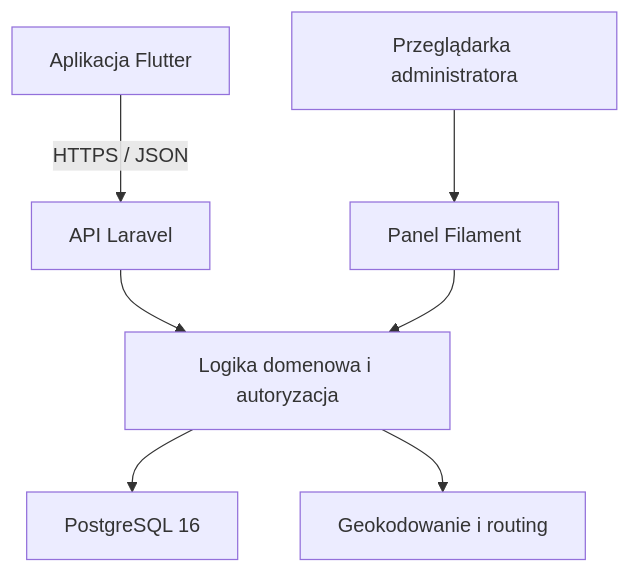
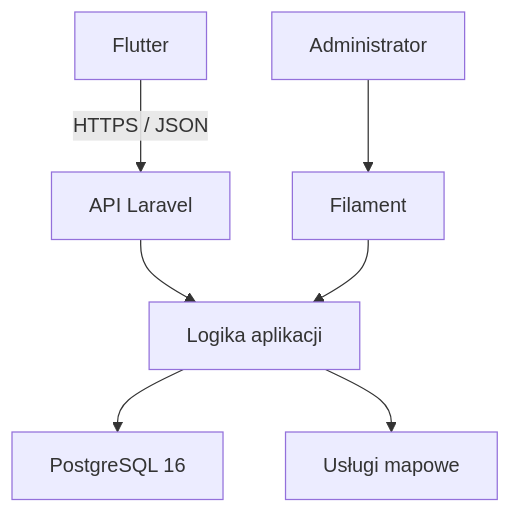
Before and after one commit to Amadeuszzyla/MilesAway: the diagram in README.md, drawn with Mermaid. The commit also changed other lines of this file, not shown here.

````diff
--- a/README.md
+++ b/README.md
@@ -128,9 +128,9 @@
 ```mermaid
 flowchart TD
-    Mobile["Aplikacja Flutter"] -->|"HTTPS / JSON"| API["API Laravel"]
-    Browser["Przeglądarka administratora"] --> Admin["Panel Filament"]
-    API --> Domain["Logika domenowa i autoryzacja"]
+    Mobile["Flutter"] -->|HTTPS / JSON| API["API Laravel"]
+    Browser["Administrator"] --> Admin["Filament"]
+    API --> Domain["Logika aplikacji"]
     Admin --> Domain
     Domain --> Database["PostgreSQL 16"]
-    Domain --> Services["Geokodowanie i routing"]
+    Domain --> Services["Usługi mapowe"]
 ```
````
